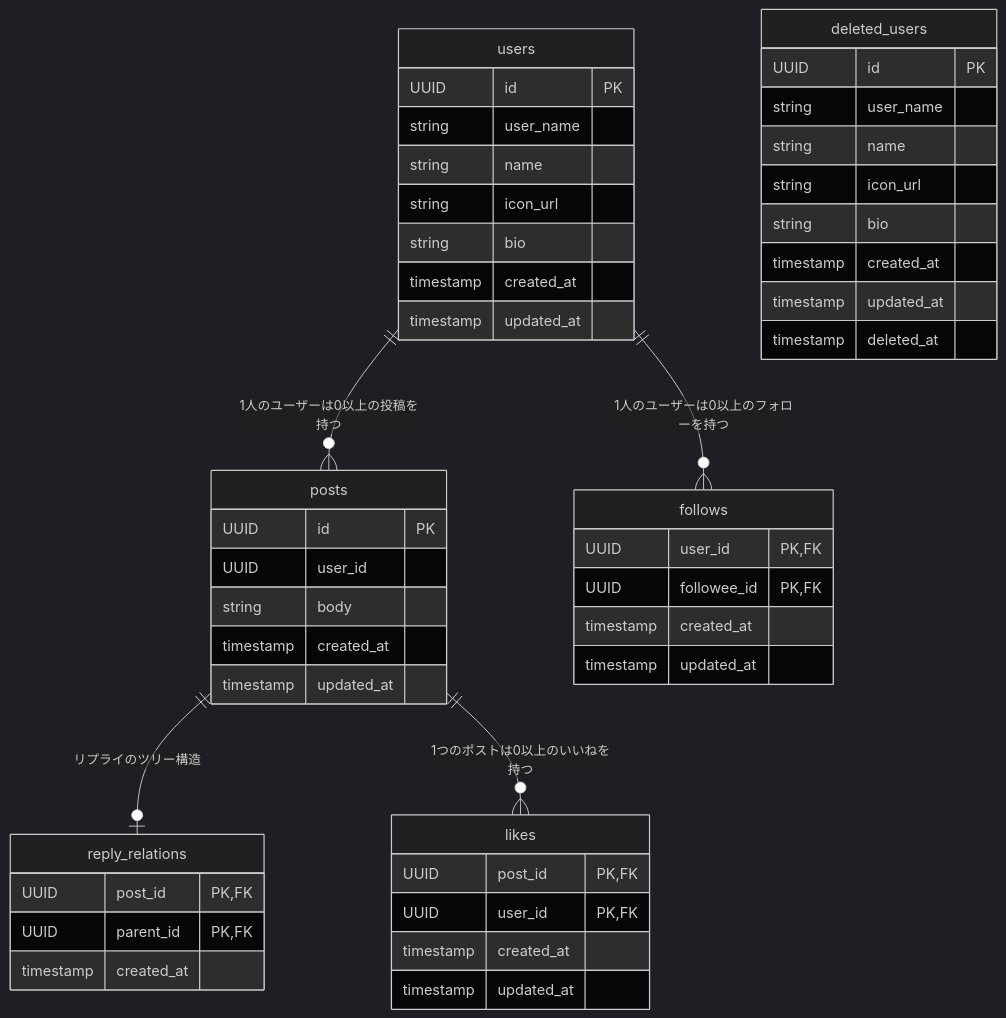
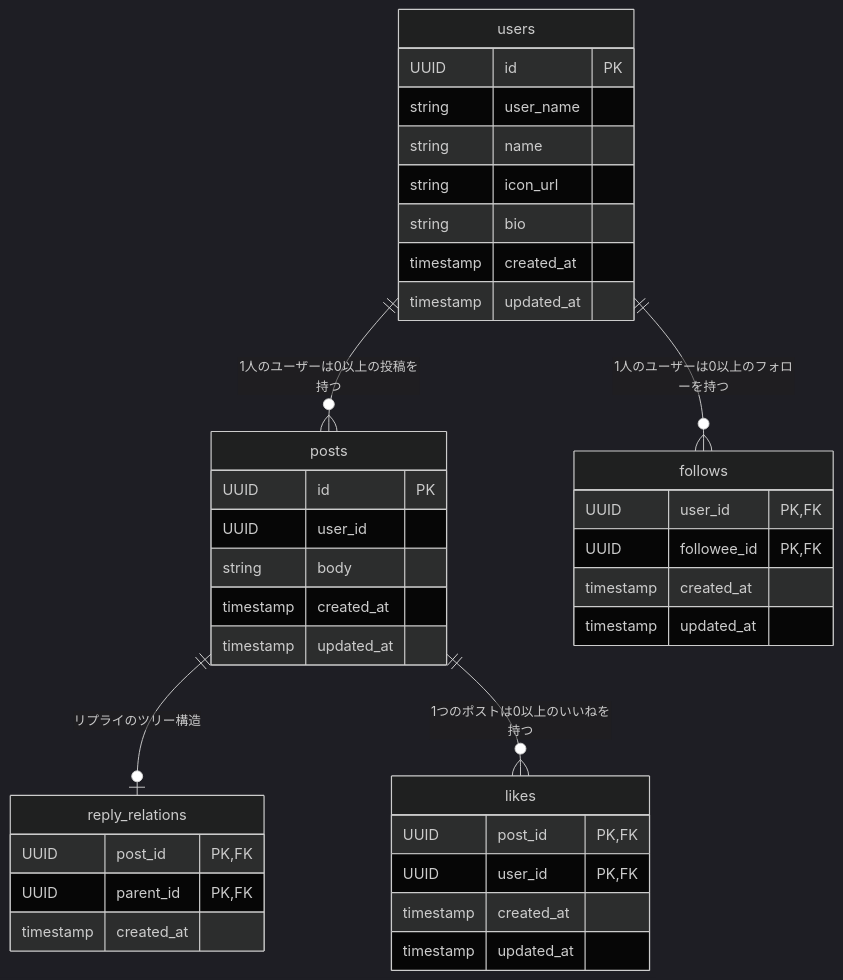
Before and after one commit to kngnkg/tunetrail-proto: the diagram in README.md, drawn with Mermaid (dark theme). The commit also changed 1 other file, not shown here.

Commit message:
Fix: delete is_deleted

````diff
--- a/README.md
+++ b/README.md
@@ -29,52 +29,42 @@
 ```mermaid
 erDiagram
 
 users ||--o{ posts : "1人のユーザーは0以上の投稿を持つ"
 users ||--o{ follows : "1人のユーザーは0以上のフォローを持つ"
 posts ||--o| reply_relations : "リプライのツリー構造"
 posts ||--o{ likes : "1つのポストは0以上のいいねを持つ"
 
 users {
     UUID id PK
     string user_name
     string name
     string icon_url
     string bio
     timestamp created_at
     timestamp updated_at
-}
-deleted_users {
-    UUID id PK
-    string user_name
-    string name
-    string icon_url
-    string bio
-    timestamp created_at
-    timestamp updated_at
-    timestamp deleted_at
 }
 follows {
     UUID user_id PK,FK
     UUID followee_id PK,FK
     timestamp created_at
     timestamp updated_at
 }
 posts {
     UUID id PK
     UUID user_id
     string body
     timestamp created_at
     timestamp updated_at
 }
 reply_relations {
     UUID post_id PK,FK
     UUID parent_id PK,FK
     timestamp created_at
 }
 likes {
     UUID post_id PK,FK
     UUID user_id PK,FK
     timestamp created_at
     timestamp updated_at
 }
 ```
````
